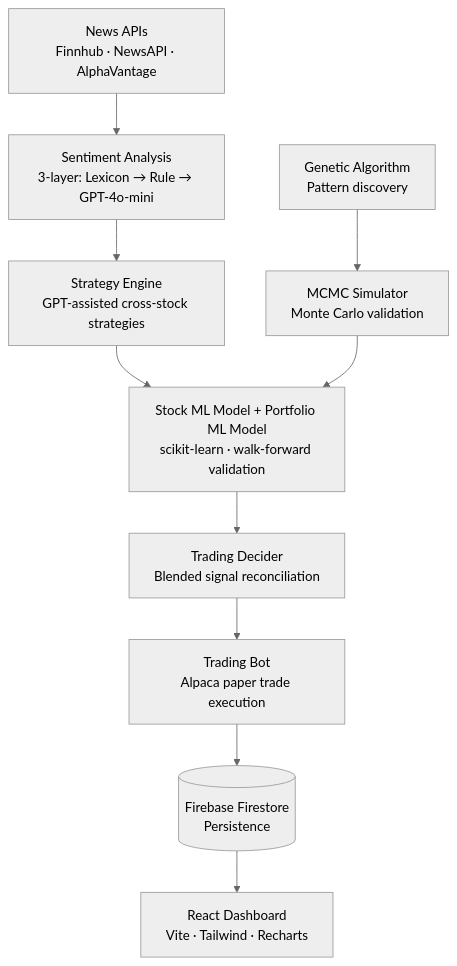
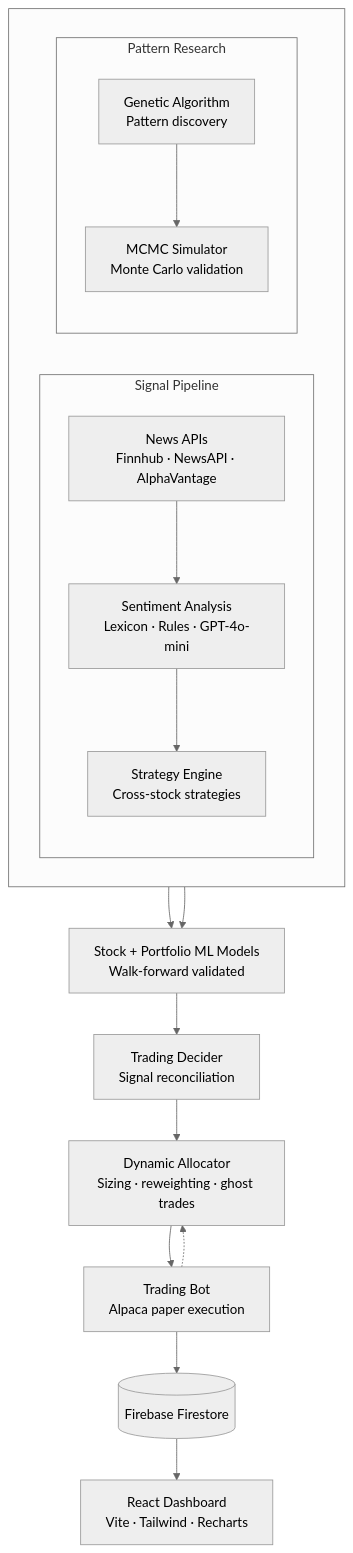
Before and after one commit to Haripratiik/Stock-Portfolio-Optimizer: the diagram in README.md, drawn with Mermaid (neutral theme).

Commit message:
Enhance architecture diagram in README.md

````diff
--- a/README.md
+++ b/README.md
@@ -20,14 +20,41 @@
 ```mermaid
 flowchart TD
-    A[News APIs\nFinnhub · NewsAPI · AlphaVantage] --> B[Sentiment Analysis\n3-layer: Lexicon → Rule → GPT-4o-mini]
-    B --> C[Strategy Engine\nGPT-assisted cross-stock strategies]
-    C --> D[Stock ML Model + Portfolio ML Model\nscikit-learn · walk-forward validation]
-    D --> E[Trading Decider\nBlended signal reconciliation]
-    E --> F[Trading Bot\nAlpaca paper trade execution]
 
-    G[Genetic Algorithm\nPattern discovery] --> H[MCMC Simulator\nMonte Carlo validation]
+    subgraph TOP[" "]
+        direction LR
+
+        subgraph R["Signal Pipeline"]
+            direction TB
+            A["News APIs<br/>Finnhub · NewsAPI · AlphaVantage"]
+            B["Sentiment Analysis<br/>Lexicon · Rules · GPT-4o-mini"]
+            C["Strategy Engine<br/>Cross-stock strategies"]
+
+            A --> B
+            B --> C
+        end
+
+        subgraph M["Pattern Research"]
+            direction TB
+            G["Genetic Algorithm<br/>Pattern discovery"]
+            H["MCMC Simulator<br/>Monte Carlo validation"]
+
+            G --> H
+        end
+    end
+
+    D["Stock + Portfolio ML Models<br/>Walk-forward validated"]
+    E["Trading Decider<br/>Signal reconciliation"]
+    K["Dynamic Allocator<br/>Sizing · reweighting · ghost trades"]
+    F["Trading Bot<br/>Alpaca paper execution"]
+    I[("Firebase Firestore")]
+    J["React Dashboard<br/>Vite · Tailwind · Recharts"]
+
+    C --> D
     H --> D
-
-    F --> I[(Firebase Firestore\nPersistence)]
-    I --> J[React Dashboard\nVite · Tailwind · Recharts]
+    D --> E
+    E --> K
+    K --> F
+    F -.-> K
+    F --> I
+    I --> J
 ```
````
